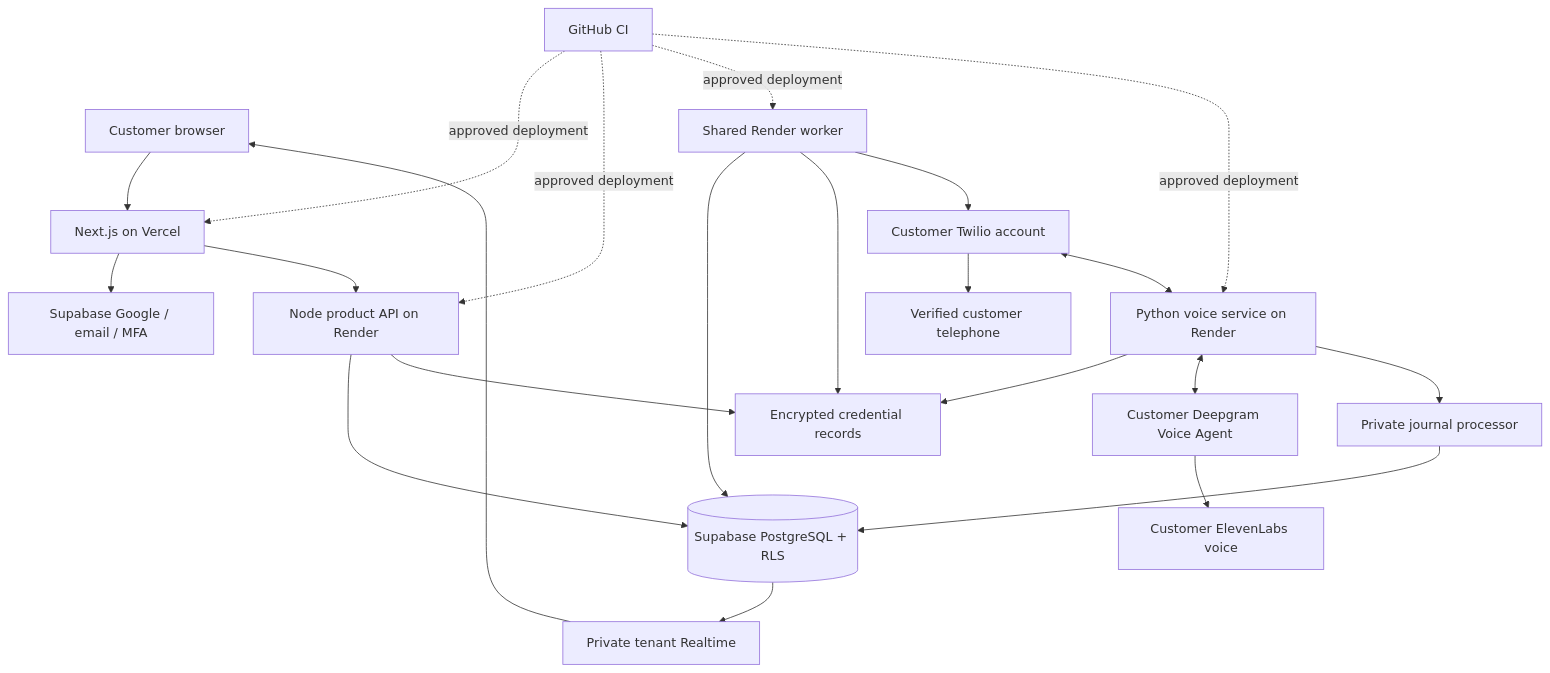
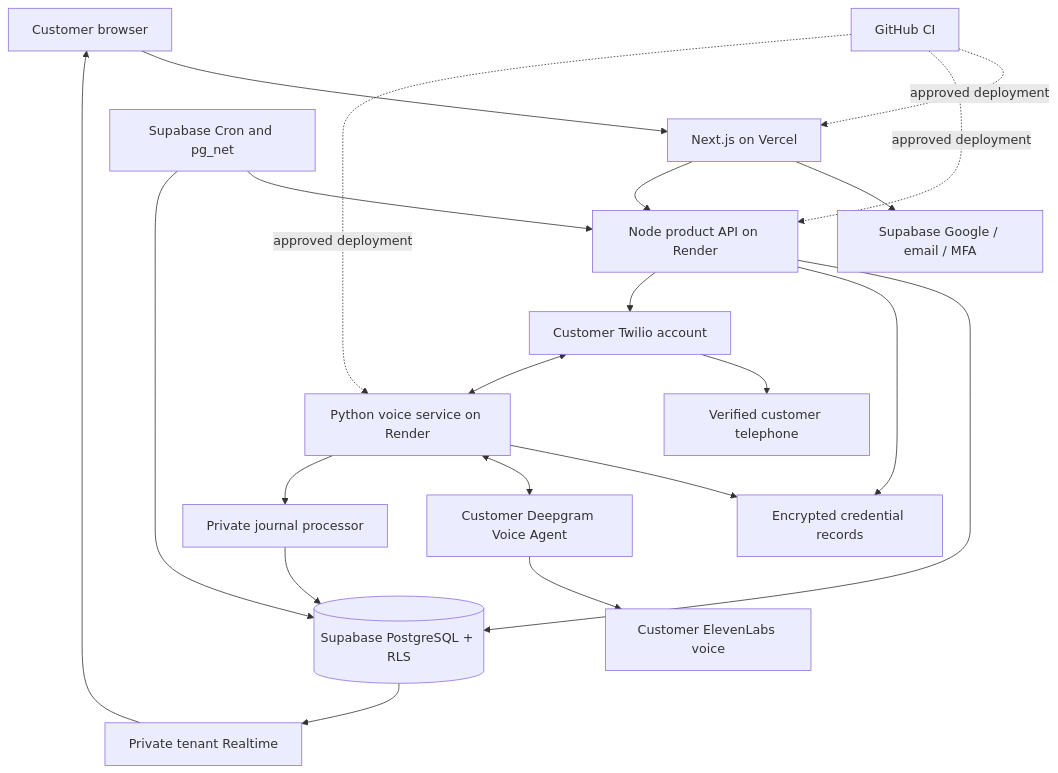
One commit to ROHITHELAYARAJA/Voice-Agent changed the first of 2 diagrams in docs/nila/architecture.md. Above: the diagram before and after it, drawn with Mermaid. The commit also changed other lines of this file and 18 other files, not shown here.

Commit message:
Replace paid Render worker with secure Supabase Cron tasks

````diff
--- a/docs/nila/architecture.md
+++ b/docs/nila/architecture.md
@@ -31,24 +31,23 @@
 ```mermaid
 flowchart TD
   Browser[Customer browser] --> Web[Next.js on Vercel]
   Web --> Auth[Supabase Google / email / MFA]
   Web --> API[Node product API on Render]
   API --> DB[(Supabase PostgreSQL + RLS)]
   DB --> RT[Private tenant Realtime]
   RT --> Browser
   API --> Vault[Encrypted credential records]
-  Worker[Shared Render worker] --> DB
-  Worker --> Vault
-  Worker --> Twilio[Customer Twilio account]
+  Cron[Supabase Cron and pg_net] --> API
+  Cron --> DB
+  API --> Twilio[Customer Twilio account]
   Twilio --> Phone[Verified customer telephone]
   Twilio <--> Voice[Python voice service on Render]
   Voice --> Vault
   Voice <--> DG[Customer Deepgram Voice Agent]
   DG --> Eleven[Customer ElevenLabs voice]
   Voice --> Processor[Private journal processor]
   Processor --> DB
   GitHub[GitHub CI] -. approved deployment .-> Web
   GitHub -. approved deployment .-> API
-  GitHub -. approved deployment .-> Worker
   GitHub -. approved deployment .-> Voice
 ```
````
